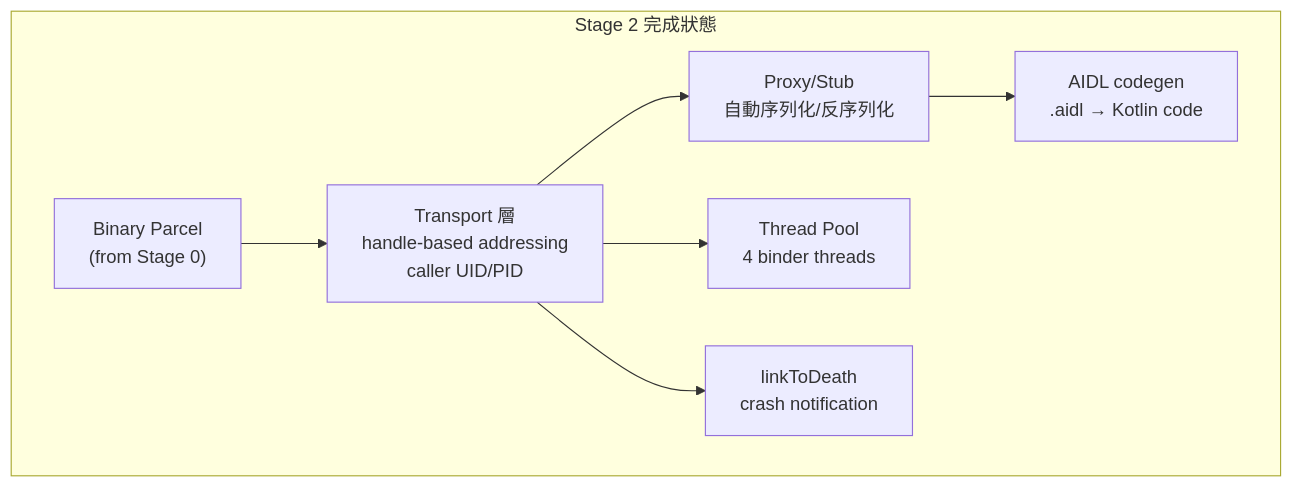
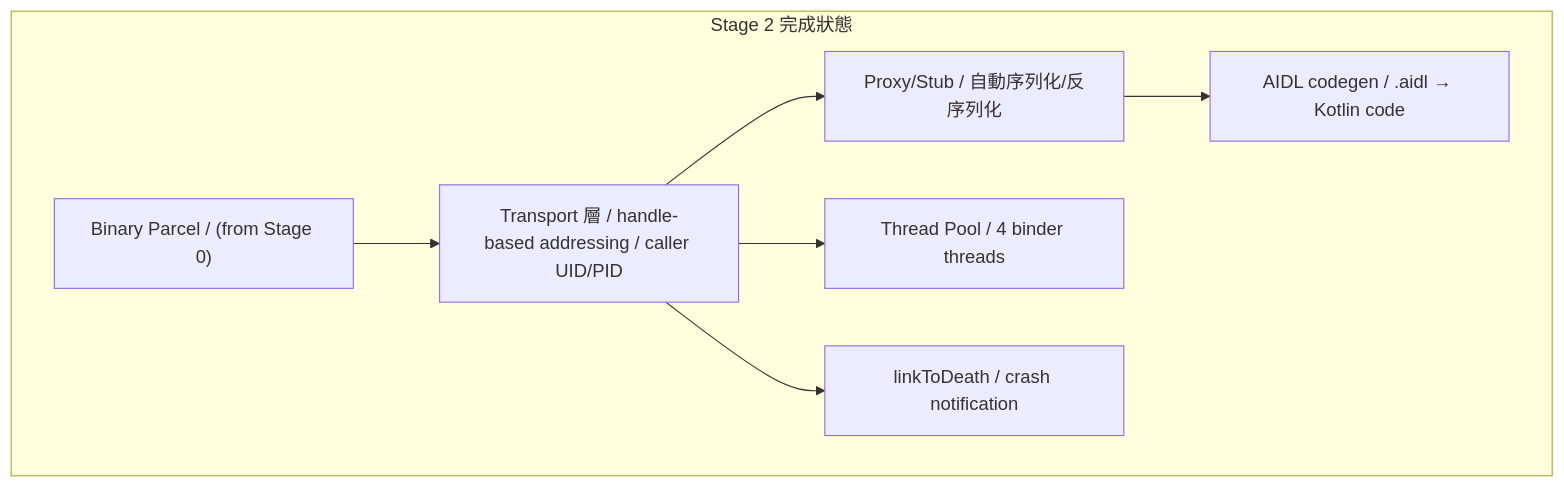
One commit to Owen771/mini-AOSP changed diagram 12 of 26 in docs/learning-guide.md. Above: the diagram before and after it, drawn with Mermaid. The commit also changed other lines of this file and 34 other files, not shown here.

````diff
--- a/docs/learning-guide.md
+++ b/docs/learning-guide.md
@@ -1282,17 +1301,17 @@
 ```mermaid
 graph TB
-    subgraph "Stage 2 完成狀態"
-        T["Transport 層<br/>handle-based addressing<br/>caller UID/PID"]
-        PS["Proxy/Stub<br/>自動序列化/反序列化"]
-        AIDL["AIDL codegen<br/>.aidl → Kotlin code"]
-        TP["Thread Pool<br/>4 binder threads"]
-        LD["linkToDeath<br/>crash notification"]
-        P["Binary Parcel<br/>(from Stage 0)"]
-    end
+ subgraph "Stage 2 完成狀態"
+ T["Transport 層 / handle-based addressing / caller UID/PID"]
+ PS["Proxy/Stub / 自動序列化/反序列化"]
+ AIDL["AIDL codegen / .aidl → Kotlin code"]
+ TP["Thread Pool / 4 binder threads"]
+ LD["linkToDeath / crash notification"]
+ P["Binary Parcel / (from Stage 0)"]
+ end
 
-    P --> T
-    T --> PS
-    PS --> AIDL
-    T --> TP
-    T --> LD
+ P --> T
+ T --> PS
+ PS --> AIDL
+ T --> TP
+ T --> LD
 ```
````
